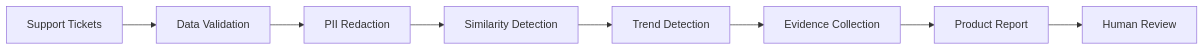
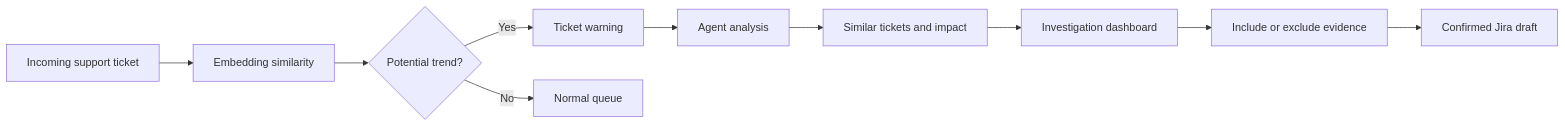
The diagram in README.md (Yufereva/ai-support-trends-detection), drawn with Mermaid before and after one commit. The commit also changed other lines of this file and 60 other files, not shown here.

First line of the commit message:
Replace offline MVP pipeline with live Trend Detection (Zendesk to dashboard to Jira).

````diff
--- a/README.md
+++ b/README.md
@@ -72,10 +17,12 @@
 ```mermaid
 flowchart LR
-    A[Support Tickets] --> B[Data Validation]
-    B --> C[PII Redaction]
-    C --> D[Similarity Detection]
-    D --> E[Trend Detection]
-    E --> F[Evidence Collection]
-    F --> G[Product Report]
-    G --> H[Human Review]
+    A[Incoming support ticket] --> B[Embedding similarity]
+    B --> C{Potential trend?}
+    C -->|Yes| D[Ticket warning]
+    C -->|No| E[Normal queue]
+    D --> F[Agent analysis]
+    F --> G[Similar tickets and impact]
+    G --> H[Investigation dashboard]
+    H --> I[Include or exclude evidence]
+    I --> J[Confirmed Jira draft]
 ```
````
